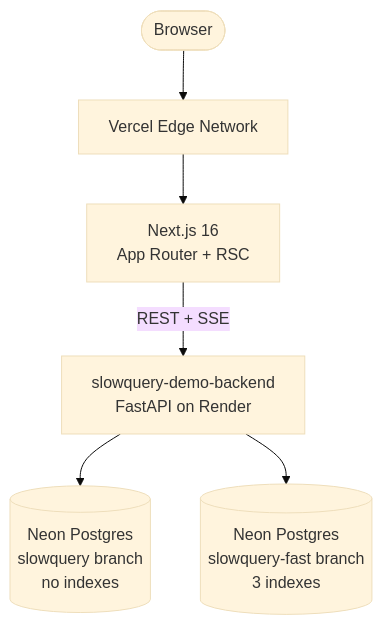
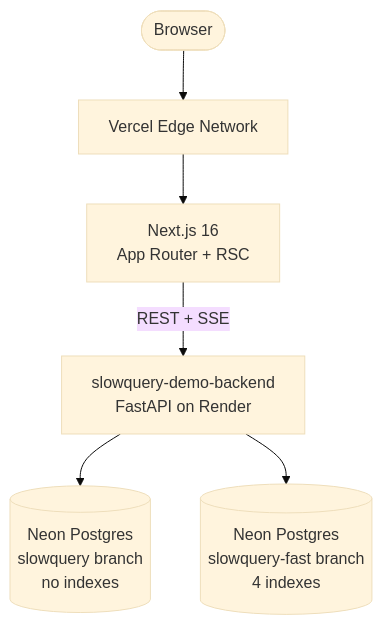
The first of 3 diagrams in README.md (Abdul-Muizz1310/slowquery-dashboard-frontend), drawn with Mermaid (base theme) before and after one commit. The commit also changed other lines of this file and 22 other files, not shown here.

````diff
--- a/README.md
+++ b/README.md
@@ -65,8 +65,8 @@
 ```mermaid
 flowchart TD
     Browser([Browser]) --> Vercel[Vercel Edge Network]
     Vercel --> NextJS[Next.js 16<br/>App Router + RSC]
     NextJS -->|REST + SSE| Backend[slowquery-demo-backend<br/>FastAPI on Render]
     Backend --> NeonSlow[(Neon Postgres<br/>slowquery branch<br/>no indexes)]
-    Backend --> NeonFast[(Neon Postgres<br/>slowquery-fast branch<br/>3 indexes)]
+    Backend --> NeonFast[(Neon Postgres<br/>slowquery-fast branch<br/>4 indexes)]
 ```
````
